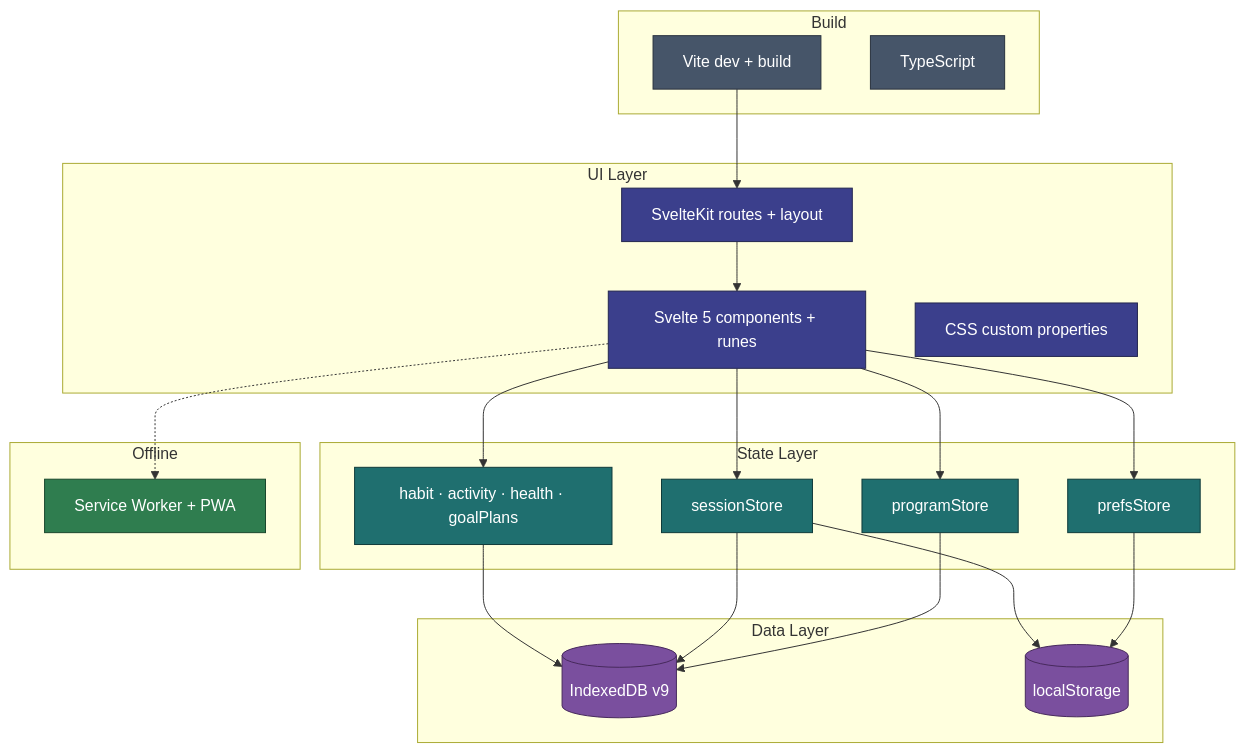
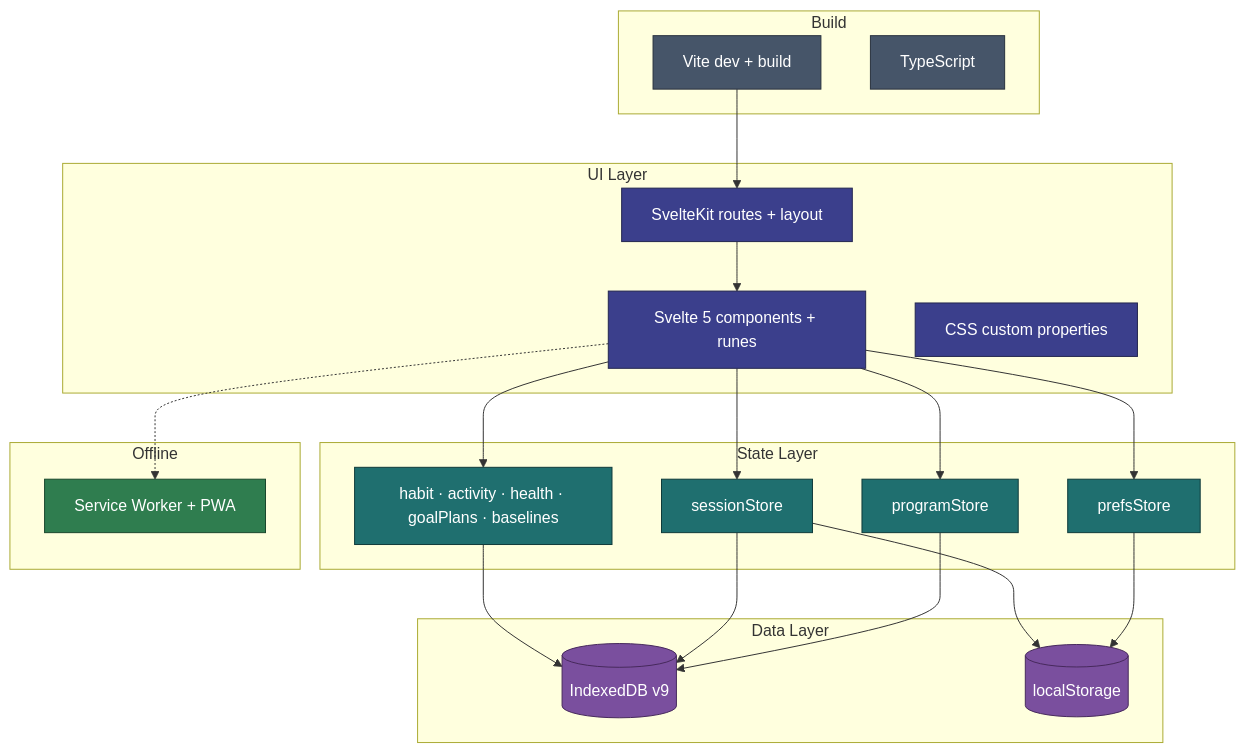
Before and after one commit to jermbo/CosmicWorkOut: the diagram in docs/architecture/tech-stack.md, drawn with Mermaid. The commit also changed other lines of this file and 18 other files, not shown here.

First line of the commit message:
Update documentation for Lift plans and Baselines in v1.9.0

````diff
--- a/docs/architecture/tech-stack.md
+++ b/docs/architecture/tech-stack.md
@@ -5,47 +5,47 @@
 ```mermaid
 flowchart TB
     subgraph ui ["UI Layer"]
         SK[SvelteKit routes + layout]
         SV[Svelte 5 components + runes]
         CSS[CSS custom properties]
     end
 
     subgraph state ["State Layer"]
         PS[programStore]
         SS[sessionStore]
         PR[prefsStore]
-        HS[habit · activity · health · goalPlans]
+        HS[habit · activity · health · goalPlans · baselines]
     end
 
     subgraph data ["Data Layer"]
         IDB[("IndexedDB v9")]
         LS[("localStorage")]
     end
 
     subgraph build ["Build"]
         Vite[Vite dev + build]
         TS[TypeScript]
     end
 
     subgraph offline ["Offline"]
         SW[Service Worker + PWA]
     end
 
     SK --> SV --> PS & SS & PR & HS
     PS & SS & HS --> IDB
     PR --> LS
     SS --> LS
     Vite --> SK
     SV -.-> SW
 
     classDef ui fill:#3b3f8c,stroke:#23264f,color:#ffffff;
     classDef state fill:#1f6f6f,stroke:#0f3a3a,color:#ffffff;
     classDef data fill:#7a4f9e,stroke:#46295c,color:#ffffff;
     classDef build fill:#465569,stroke:#28313e,color:#ffffff;
     classDef offline fill:#2f7d4f,stroke:#1a472d,color:#ffffff;
     class SK,SV,CSS ui;
     class PS,SS,PR,HS state;
     class IDB,LS data;
     class Vite,TS build;
     class SW offline;
 ```
````
